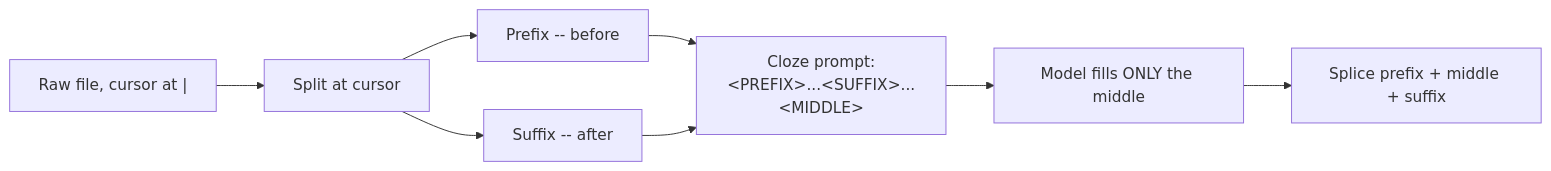
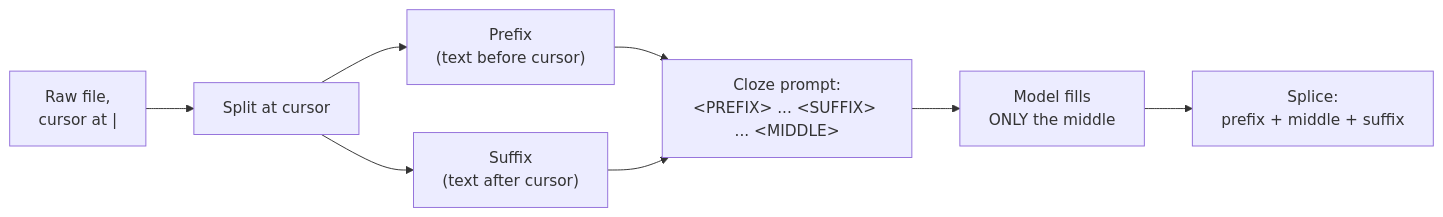
One commit to riyaz-pasha/Learnings changed the fourth of 13 diagrams in system-design/HLD/0-course/45-Design-an-AI-Code-Assistant-FAANG-Guide-story.md. Above: the diagram before and after it, drawn with Mermaid. The commit also changed other lines of this file and 1 other file, not shown here.

Commit message:
[REWRITE] AI Code Assistant story guide: simplify prose, add structure, fix diagrams

````diff
--- a/system-design/HLD/0-course/45-Design-an-AI-Code-Assistant-FAANG-Guide-story.md
+++ b/system-design/HLD/0-course/45-Design-an-AI-Code-Assistant-FAANG-Guide-story.md
@@ -171,10 +260,10 @@
 ```mermaid
 flowchart LR
-    A["Raw file, cursor at |"] --> B["Split at cursor"]
-    B --> P["Prefix -- before"]
-    B --> S["Suffix -- after"]
-    P --> T["Cloze prompt:\n&lt;PREFIX&gt;...&lt;SUFFIX&gt;...&lt;MIDDLE&gt;"]
+    A["Raw file,<br/>cursor at |"] --> B["Split at cursor"]
+    B --> P["Prefix<br/>(text before cursor)"]
+    B --> S["Suffix<br/>(text after cursor)"]
+    P --> T["Cloze prompt:<br/>&lt;PREFIX&gt; ... &lt;SUFFIX&gt; ... &lt;MIDDLE&gt;"]
     S --> T
-    T --> M["Model fills ONLY the middle"]
-    M --> R["Splice prefix + middle + suffix"]
+    T --> M["Model fills<br/>ONLY the middle"]
+    M --> R["Splice:<br/>prefix + middle + suffix"]
 ```
````
